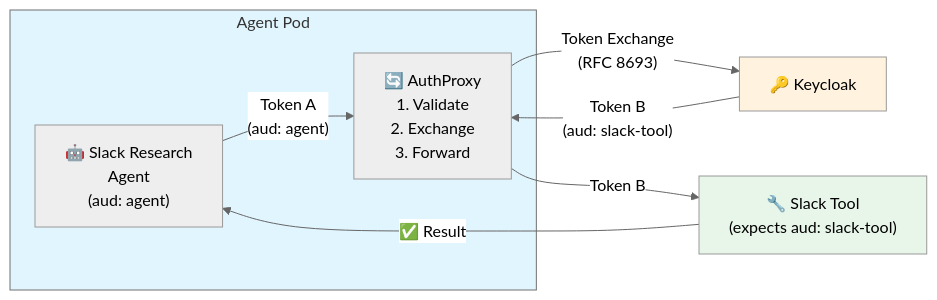
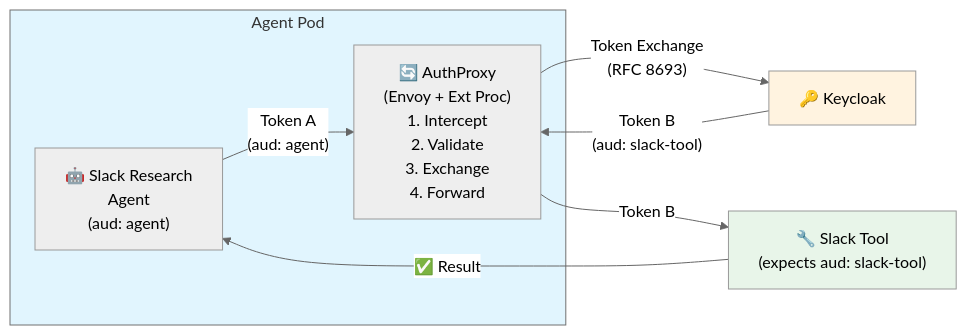
The sixth of 10 diagrams in AuthBridge/BLOG-agentic.md (mrsabath/kagenti-extensions), drawn with Mermaid (neutral theme) before and after one commit. The commit also changed other lines of this file, not shown here.

````diff
--- a/AuthBridge/BLOG-agentic.md
+++ b/AuthBridge/BLOG-agentic.md
@@ -387,20 +387,20 @@
 ```mermaid
 flowchart LR
     subgraph AgentPod["Agent Pod"]
         Agent["🤖 Slack Research<br/>Agent<br/>(aud: agent)"]
-        Proxy["🔄 AuthProxy<br/>1. Validate<br/>2. Exchange<br/>3. Forward"]
+        Proxy["🔄 AuthProxy<br/>(Envoy + Ext Proc)<br/>1. Intercept<br/>2. Validate<br/>3. Exchange<br/>4. Forward"]
     end
     
     KC["🔑 Keycloak"]
     Tool["🔧 Slack Tool<br/>(expects aud: slack-tool)"]
     
     Agent -->|"Token A<br/>(aud: agent)"| Proxy
     Proxy -->|"Token Exchange<br/>(RFC 8693)"| KC
     KC -->|"Token B<br/>(aud: slack-tool)"| Proxy
     Proxy -->|"Token B"| Tool
     Tool -->|"✅ Result"| Agent
     
     style AgentPod fill:#e1f5fe
     style Tool fill:#e8f5e9
     style KC fill:#fff3e0
 ```
````
